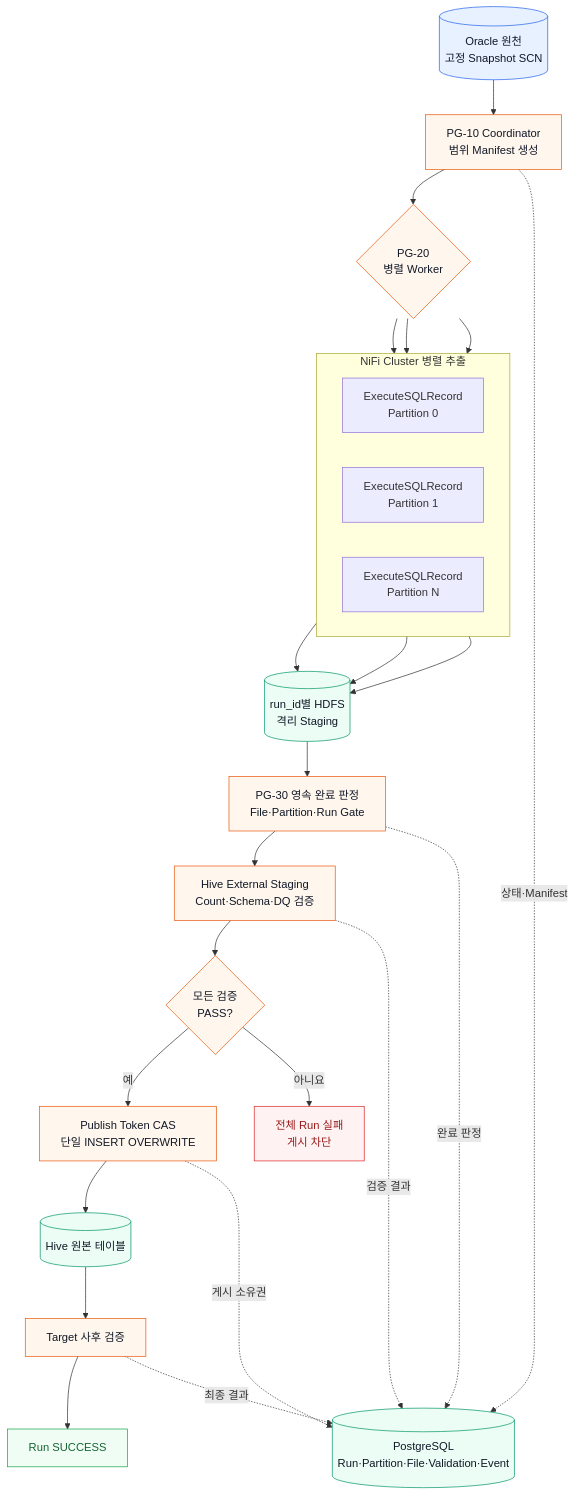
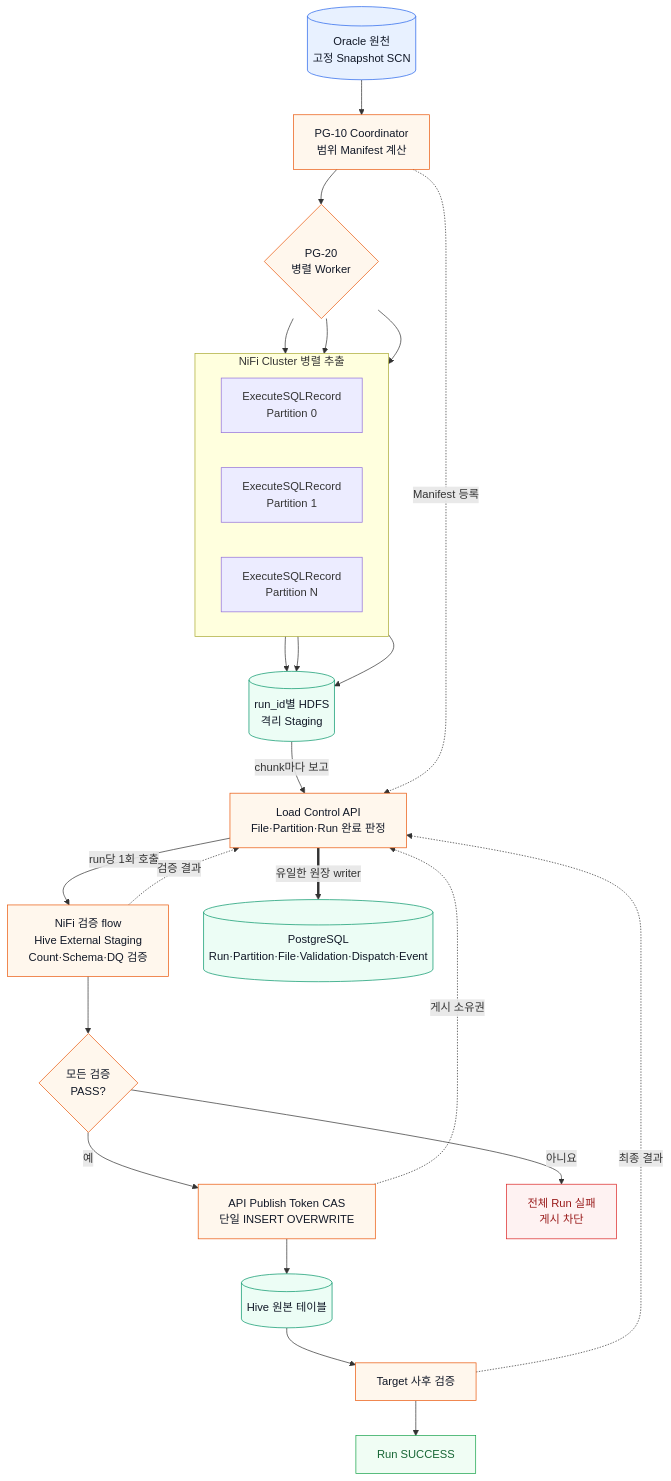
One commit to DataDynamics/nifi-sqoop-removal changed the second of 13 diagrams in nifi-sqoop-removal-guide.md. Above: the diagram before and after it, drawn with Mermaid. The commit also changed other lines of this file and 3 other files, not shown here.

First line of the commit message:
Load Control API(FastAPI) 기반 완료 판정으로 설계 전환

````diff
--- a/nifi-sqoop-removal-guide.md
+++ b/nifi-sqoop-removal-guide.md
@@ -54,45 +62,45 @@
 ```mermaid
 flowchart TB
-    B1[(Oracle 원천<br/>고정 Snapshot SCN)] --> B2[PG-10 Coordinator<br/>범위 Manifest 생성]
+    B1[(Oracle 원천<br/>고정 Snapshot SCN)] --> B2[PG-10 Coordinator<br/>범위 Manifest 계산]
     B2 --> B3{PG-20<br/>병렬 Worker}
 
     subgraph WORKERS["NiFi Cluster 병렬 추출"]
         direction LR
         B31[ExecuteSQLRecord<br/>Partition 0]
         B32[ExecuteSQLRecord<br/>Partition 1]
         B33[ExecuteSQLRecord<br/>Partition N]
     end
 
     B3 --> B31
     B3 --> B32
     B3 --> B33
     B31 --> B4[(run_id별 HDFS<br/>격리 Staging)]
     B32 --> B4
     B33 --> B4
-    B4 --> B5[PG-30 영속 완료 판정<br/>File·Partition·Run Gate]
-    B5 --> B6[Hive External Staging<br/>Count·Schema·DQ 검증]
+    B4 -->|chunk마다 보고| B5[Load Control API<br/>File·Partition·Run 완료 판정]
+    B5 -->|run당 1회 호출| B6[NiFi 검증 flow<br/>Hive External Staging<br/>Count·Schema·DQ 검증]
     B6 --> B7{모든 검증<br/>PASS?}
-    B7 -->|예| B8[Publish Token CAS<br/>단일 INSERT OVERWRITE]
+    B7 -->|예| B8[API Publish Token CAS<br/>단일 INSERT OVERWRITE]
     B8 --> B9[(Hive 원본 테이블)]
     B9 --> B10[Target 사후 검증]
     B10 --> B11[Run SUCCESS]
     B7 -->|아니요| BX[전체 Run 실패<br/>게시 차단]
 
-    BM[(PostgreSQL<br/>Run·Partition·File·Validation·Event)]
-    B2 -. 상태·Manifest .-> BM
-    B5 -. 완료 판정 .-> BM
-    B6 -. 검증 결과 .-> BM
-    B8 -. 게시 소유권 .-> BM
-    B10 -. 최종 결과 .-> BM
+    BM[(PostgreSQL<br/>Run·Partition·File·Validation·Dispatch·Event)]
+    B2 -. Manifest 등록 .-> B5
+    B6 -. 검증 결과 .-> B5
+    B8 -. 게시 소유권 .-> B5
+    B10 -. 최종 결과 .-> B5
+    B5 == 유일한 원장 writer ==> BM
 
     classDef source fill:#e8f1ff,stroke:#2563eb,color:#111827;
     classDef storage fill:#ecfdf5,stroke:#059669,color:#111827;
     classDef control fill:#fff7ed,stroke:#ea580c,color:#111827;
     classDef success fill:#f0fdf4,stroke:#16a34a,color:#166534;
     classDef failure fill:#fef2f2,stroke:#dc2626,color:#991b1b;
     class B1 source;
     class B4,B9,BM storage;
     class B2,B3,B5,B6,B7,B8,B10 control;
     class B11 success;
     class BX failure;
 ```
````
